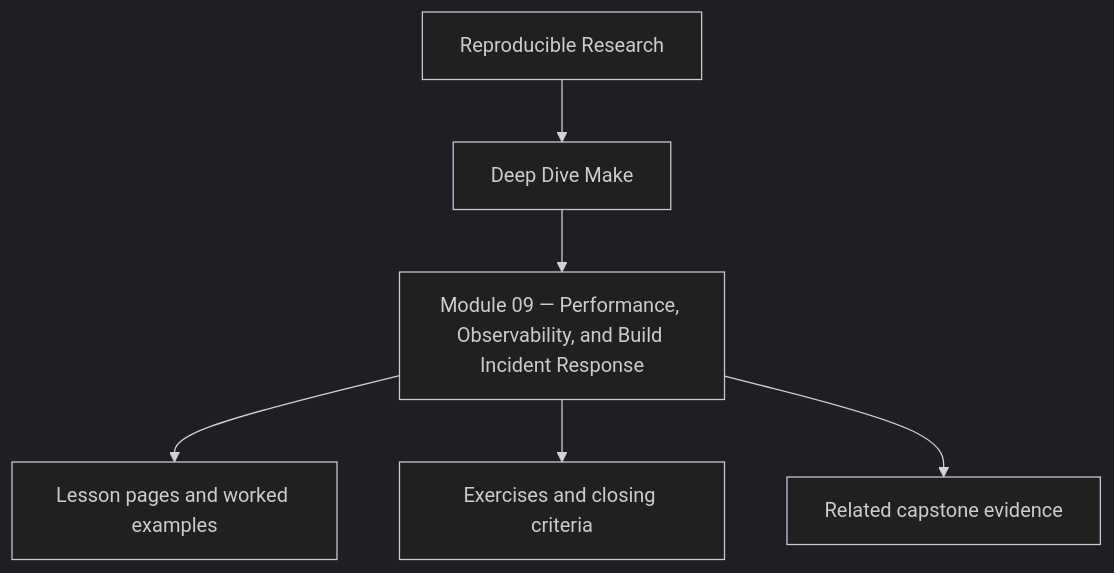
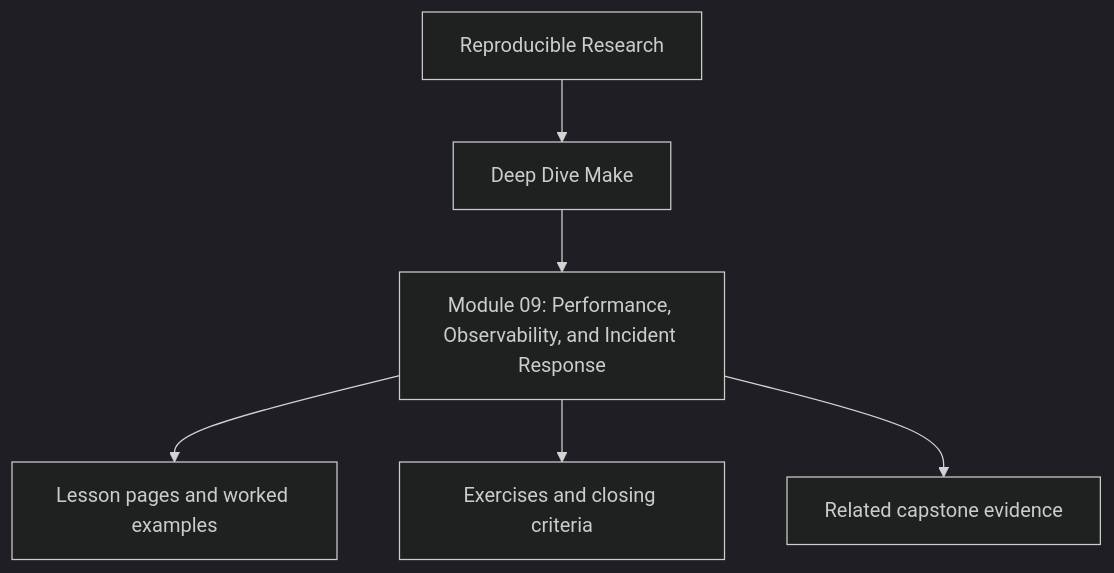
Before and after one commit to bijux/bijux-masterclass: the first of 2 diagrams in programs/reproducible-research/deep-dive-make/course-book/module-09-performance-observability-and-build-incident-response/index.md, drawn with Mermaid (dark theme). The commit also changed other lines of this file and 241 other files, not shown here.

````diff
--- a/programs/reproducible-research/deep-dive-make/course-book/module-09-performance-observability-and-build-incident-response/index.md
+++ b/programs/reproducible-research/deep-dive-make/course-book/module-09-performance-observability-and-build-incident-response/index.md
@@ -9,8 +9,8 @@
 ```mermaid
 flowchart TD
   family["Reproducible Research"] --> program["Deep Dive Make"]
-  program --> module["Module 09 — Performance, Observability, and Build Incident Response"]
+  program --> module["Module 09: Performance, Observability, and Incident Response"]
   module --> lessons["Lesson pages and worked examples"]
   module --> checkpoints["Exercises and closing criteria"]
   module --> capstone["Related capstone evidence"]
 ```
````
